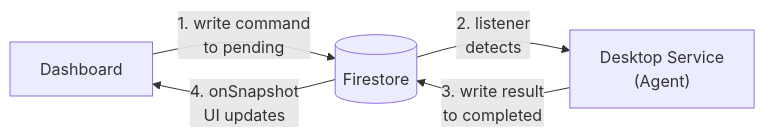
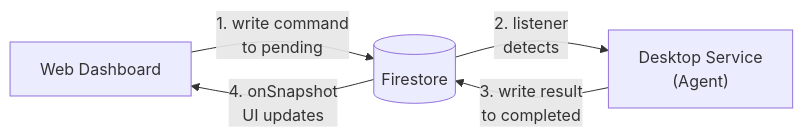
The third of 7 diagrams in docs/architecture.md (theexperiential/owlette), drawn with Mermaid before and after one commit. The commit also changed other lines of this file, not shown here.

Commit message:
docs: make diagram node labels consistent throughout architecture

````diff
--- a/docs/architecture.md
+++ b/docs/architecture.md
@@ -85,11 +85,11 @@
 ```mermaid
 flowchart LR
-    Dashboard["Dashboard"]
+    Dashboard["Web Dashboard"]
     FS[("Firestore")]
     Agent["Desktop Service\n(Agent)"]
 
     Dashboard -->|"1. write command\nto pending"| FS
     FS -->|"2. listener\ndetects"| Agent
     Agent -->|"3. write result\nto completed"| FS
     FS -->|"4. onSnapshot\nUI updates"| Dashboard
 ```
````
